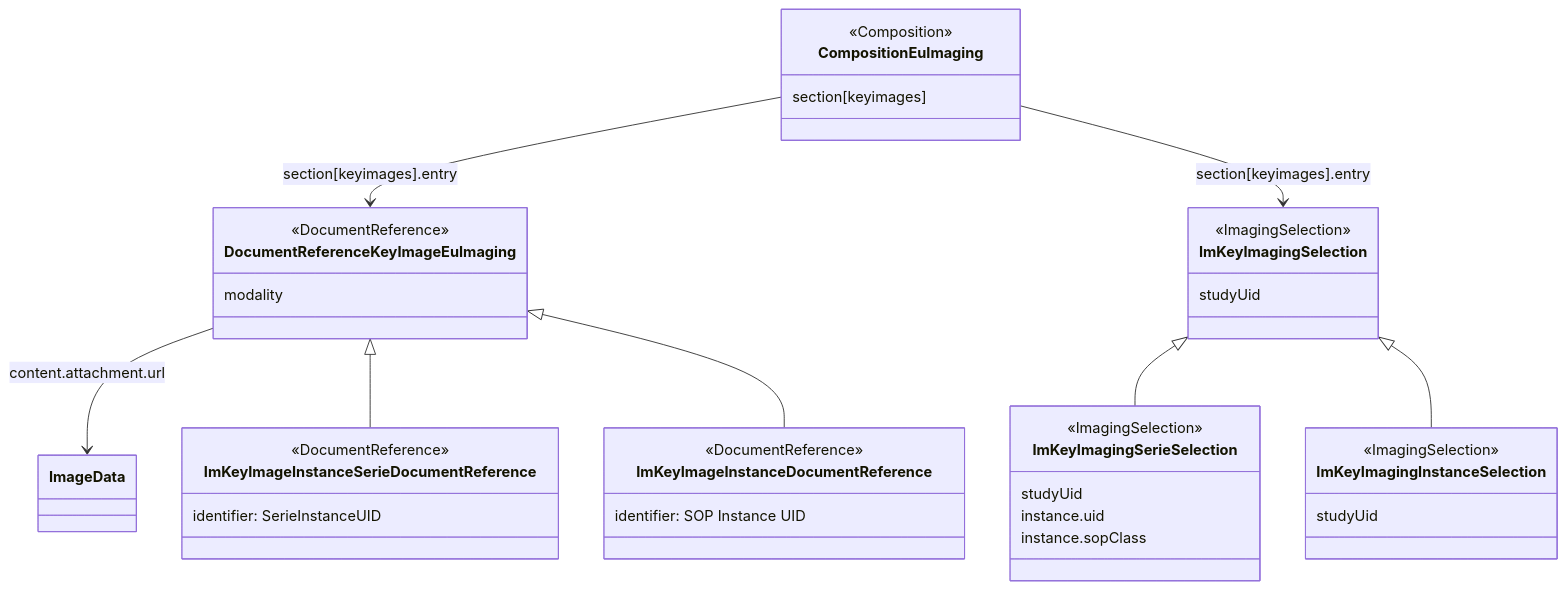
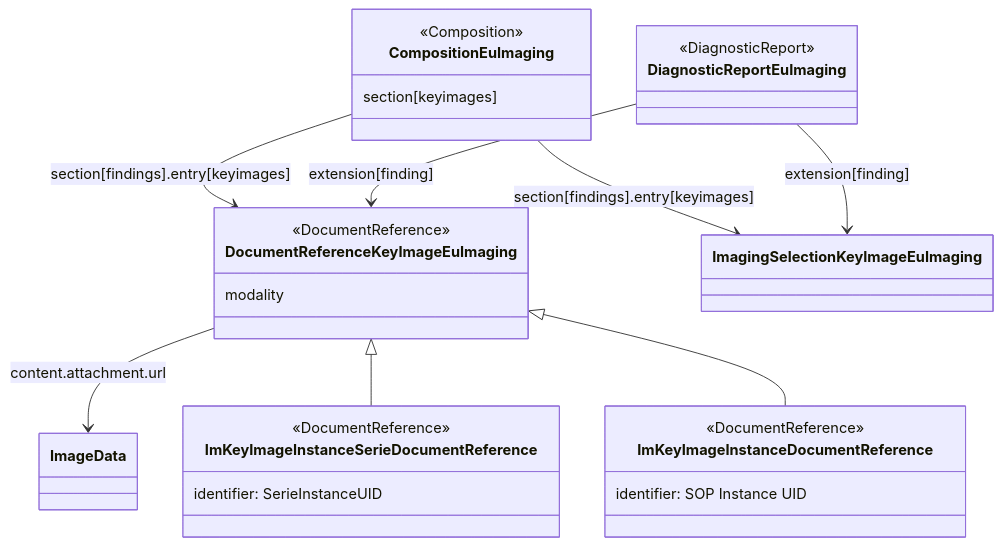
Before and after one commit to hl7-eu/imaging: the diagram in igs/imaging-r6/input/pagecontent/design-consideration-keyimages.md, drawn with Mermaid. The commit also changed other lines of this file and 392 other files, not shown here.

````diff
--- a/igs/imaging-r6/input/pagecontent/design-consideration-keyimages.md
+++ b/igs/imaging-r6/input/pagecontent/design-consideration-keyimages.md
@@ -30,43 +27,33 @@
 ```mermaid
 classDiagram
-    direction TD
-    class ImKeyImagingSelection{ 
-        <<ImagingSelection>>
-        studyUid
-    }
-    class ImKeyImagingInstanceSelection{ 
-        <<ImagingSelection>>
-        studyUid
-    }
-    class ImKeyImagingSerieSelection{ 
-        <<ImagingSelection>>
-        studyUid
-        instance.uid
-        instance.sopClass
-    }
-    class DocumentReferenceKeyImageEuImaging{ 
-        <<DocumentReference>> 
-        modality
-    }
-    class ImKeyImageInstanceDocumentReference{ 
-        <<DocumentReference>>
-        identifier: SOP Instance UID
-    }
-    class ImKeyImageInstanceSerieDocumentReference{ 
-        <<DocumentReference>>
-        identifier: SerieInstanceUID
-    }
-    class CompositionEuImaging{ 
-        <<Composition>>
-        section[keyimages]
-    }
-    CompositionEuImaging --> DocumentReferenceKeyImageEuImaging: section[keyimages].entry
-    CompositionEuImaging --> ImKeyImagingSelection: section[keyimages].entry
+ direction TD
 
-    DocumentReferenceKeyImageEuImaging --> ImageData: content.attachment.url
-    DocumentReferenceKeyImageEuImaging <|-- ImKeyImageInstanceSerieDocumentReference
-    DocumentReferenceKeyImageEuImaging <|-- ImKeyImageInstanceDocumentReference
-    ImKeyImagingSelection <|-- ImKeyImagingSerieSelection
-    ImKeyImagingSelection <|-- ImKeyImagingInstanceSelection
-    
+
+ class DocumentReferenceKeyImageEuImaging{ 
+ <<DocumentReference>> 
+ modality
+ }
+ class ImKeyImageInstanceDocumentReference{ 
+ <<DocumentReference>>
+ identifier: SOP Instance UID
+ }
+ class ImKeyImageInstanceSerieDocumentReference{ 
+ <<DocumentReference>>
+ identifier: SerieInstanceUID
+ }
+ class CompositionEuImaging{ 
+ <<Composition>>
+ section[keyimages]
+ }
+ class DiagnosticReportEuImaging{
+ <<DiagnosticReport>>
+ }
+ CompositionEuImaging --> DocumentReferenceKeyImageEuImaging: section[findings].entry[keyimages]
+ CompositionEuImaging --> ImagingSelectionKeyImageEuImaging: section[findings].entry[keyimages]
+ DiagnosticReportEuImaging --> DocumentReferenceKeyImageEuImaging: extension[finding]
+ DiagnosticReportEuImaging --> ImagingSelectionKeyImageEuImaging: extension[finding]
+
+ DocumentReferenceKeyImageEuImaging --> ImageData: content.attachment.url
+ DocumentReferenceKeyImageEuImaging <|-- ImKeyImageInstanceSerieDocumentReference
+ DocumentReferenceKeyImageEuImaging <|-- ImKeyImageInstanceDocumentReference
 ```
````
